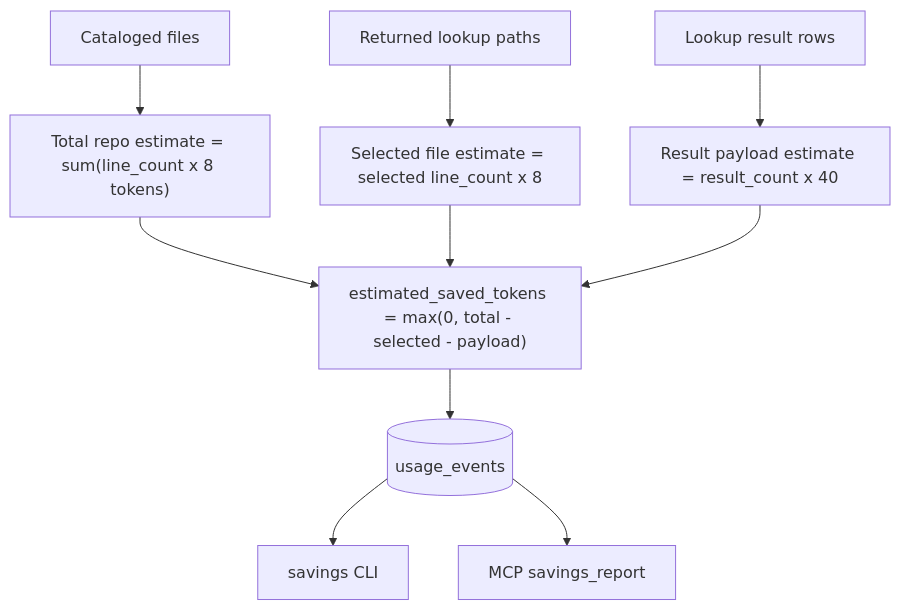
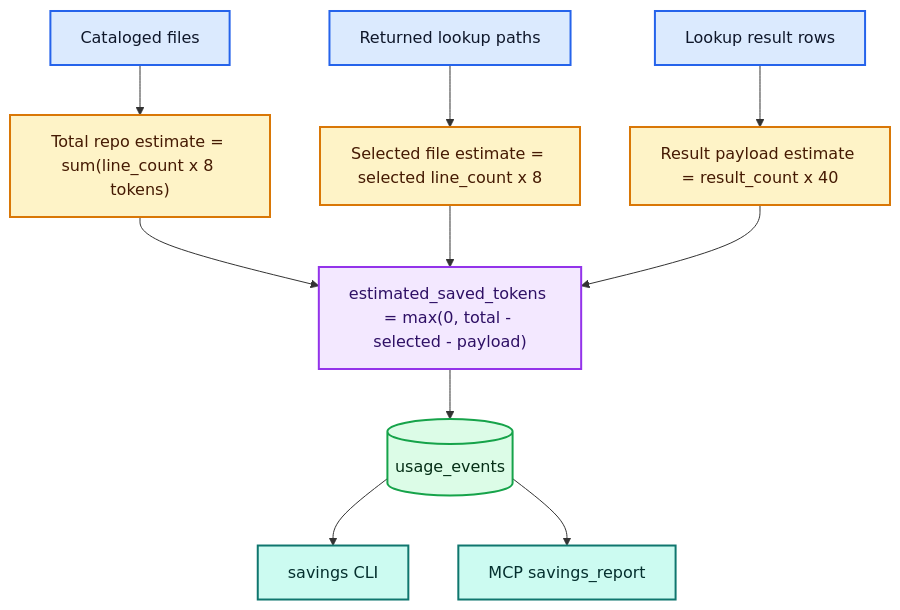
One commit to marlonfcaraujo/code-intel changed the second of 3 diagrams in README.md. Above: the diagram before and after it, drawn with Mermaid. The commit also changed other lines of this file, not shown here.

Commit message:
docs: colorize mermaid diagrams

````diff
--- a/README.md
+++ b/README.md
@@ -270,12 +284,24 @@
 ```mermaid
 flowchart TD
     A["Cataloged files"] --> B["Total repo estimate = sum(line_count x 8 tokens)"]
     C["Returned lookup paths"] --> D["Selected file estimate = selected line_count x 8"]
     E["Lookup result rows"] --> F["Result payload estimate = result_count x 40"]
     B --> G["estimated_saved_tokens = max(0, total - selected - payload)"]
     D --> G
     F --> G
     G --> H[("usage_events")]
     H --> I["savings CLI"]
     H --> J["MCP savings_report"]
+
+    classDef input fill:#DBEAFE,stroke:#2563EB,color:#0F172A,stroke-width:2px
+    classDef estimate fill:#FEF3C7,stroke:#D97706,color:#451A03,stroke-width:2px
+    classDef formula fill:#F3E8FF,stroke:#9333EA,color:#2E1065,stroke-width:2px
+    classDef storage fill:#DCFCE7,stroke:#16A34A,color:#052E16,stroke-width:2px
+    classDef report fill:#CCFBF1,stroke:#0F766E,color:#042F2E,stroke-width:2px
+
+    class A,C,E input
+    class B,D,F estimate
+    class G formula
+    class H storage
+    class I,J report
 ```
````
